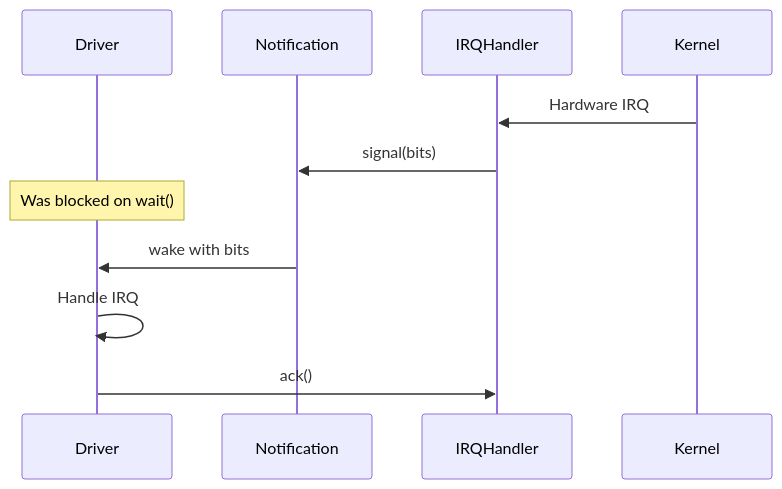
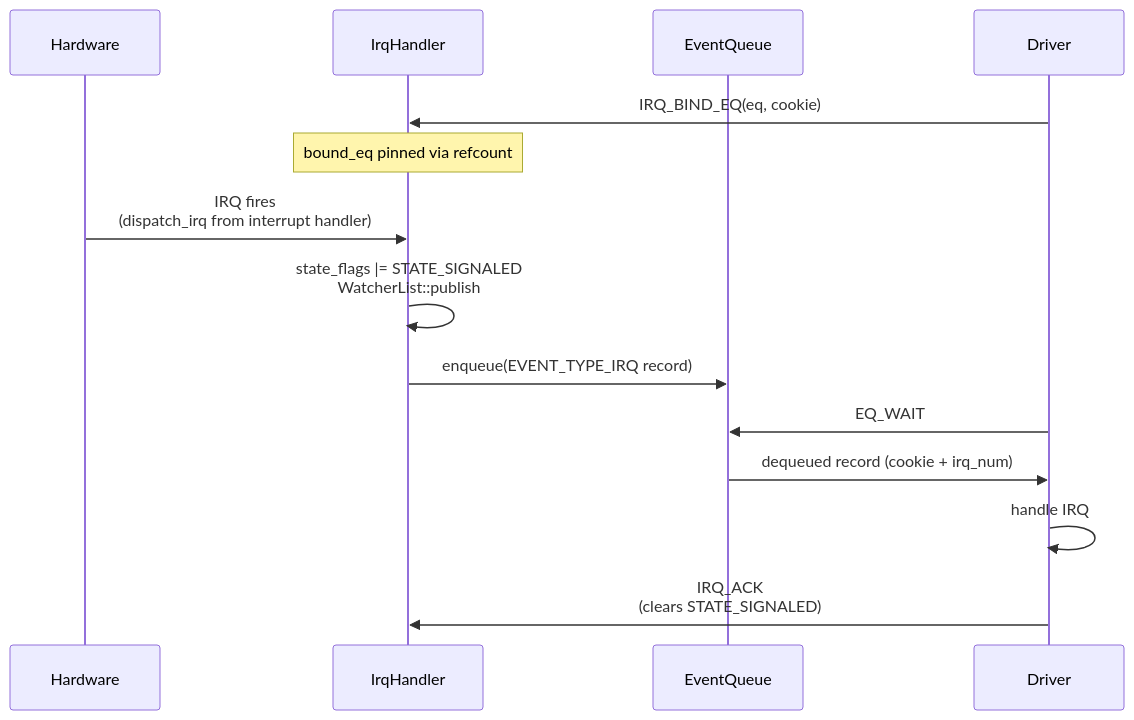
One commit to SaltyOS/SaltyOS changed the fourth of 6 diagrams in docs/ARCHITECTURE.md. Above: the diagram before and after it, drawn with Mermaid. The commit also changed other lines of this file and 1247 other files, not shown here.

````diff
--- a/docs/ARCHITECTURE.md
+++ b/docs/ARCHITECTURE.md
@@ -227,14 +244,17 @@
 ```mermaid
 sequenceDiagram
+    participant Hardware
+    participant IrqHandler
+    participant EventQueue
     participant Driver
-    participant Notification
-    participant IRQHandler
-    participant Kernel
 
-    Kernel->>IRQHandler: Hardware IRQ
-    IRQHandler->>Notification: signal(bits)
-    Note over Driver: Was blocked on wait()
-    Notification->>Driver: wake with bits
-    Driver->>Driver: Handle IRQ
-    Driver->>IRQHandler: ack()
+    Driver->>IrqHandler: IRQ_BIND_EQ(eq, cookie)
+    Note over IrqHandler: bound_eq pinned via refcount
+    Hardware->>IrqHandler: IRQ fires<br/>(dispatch_irq from interrupt handler)
+    IrqHandler->>IrqHandler: state_flags |= STATE_SIGNALED<br/>WatcherList::publish
+    IrqHandler->>EventQueue: enqueue(EVENT_TYPE_IRQ record)
+    Driver->>EventQueue: EQ_WAIT
+    EventQueue->>Driver: dequeued record (cookie + irq_num)
+    Driver->>Driver: handle IRQ
+    Driver->>IrqHandler: IRQ_ACK<br/>(clears STATE_SIGNALED)
 ```
````
